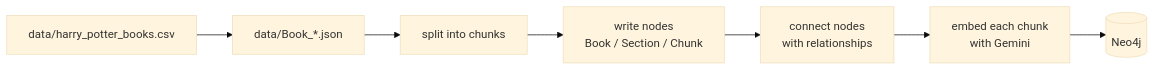
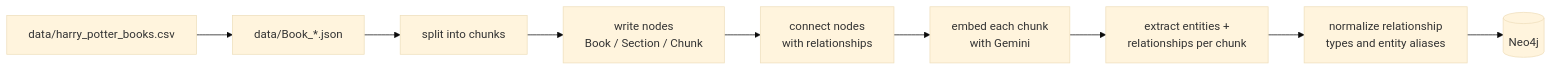
Before and after one commit to AbdullahYousaf-13/Hybrid-Vector-Graph-Rag: the first of 3 diagrams in docs/Flow.md, drawn with Mermaid (base theme). The commit also changed other lines of this file and 6 other files, not shown here.

First line of the commit message:
Add entity/relationship extraction and normalization to the graph pipeline

````diff
--- a/docs/Flow.md
+++ b/docs/Flow.md
@@ -9,9 +9,11 @@
 ```mermaid
 flowchart LR
     Z[data/harry_potter_books.csv] --> A[data/Book_*.json]
     A --> B[split into chunks]
     B --> C[write nodes<br/>Book / Section / Chunk]
     C --> D[connect nodes<br/>with relationships]
     D --> E[embed each chunk<br/>with Gemini]
-    E --> F[(Neo4j)]
+    E --> F[extract entities +<br/>relationships per chunk]
+    F --> G[normalize relationship<br/>types and entity aliases]
+    G --> H[(Neo4j)]
 ```
````
